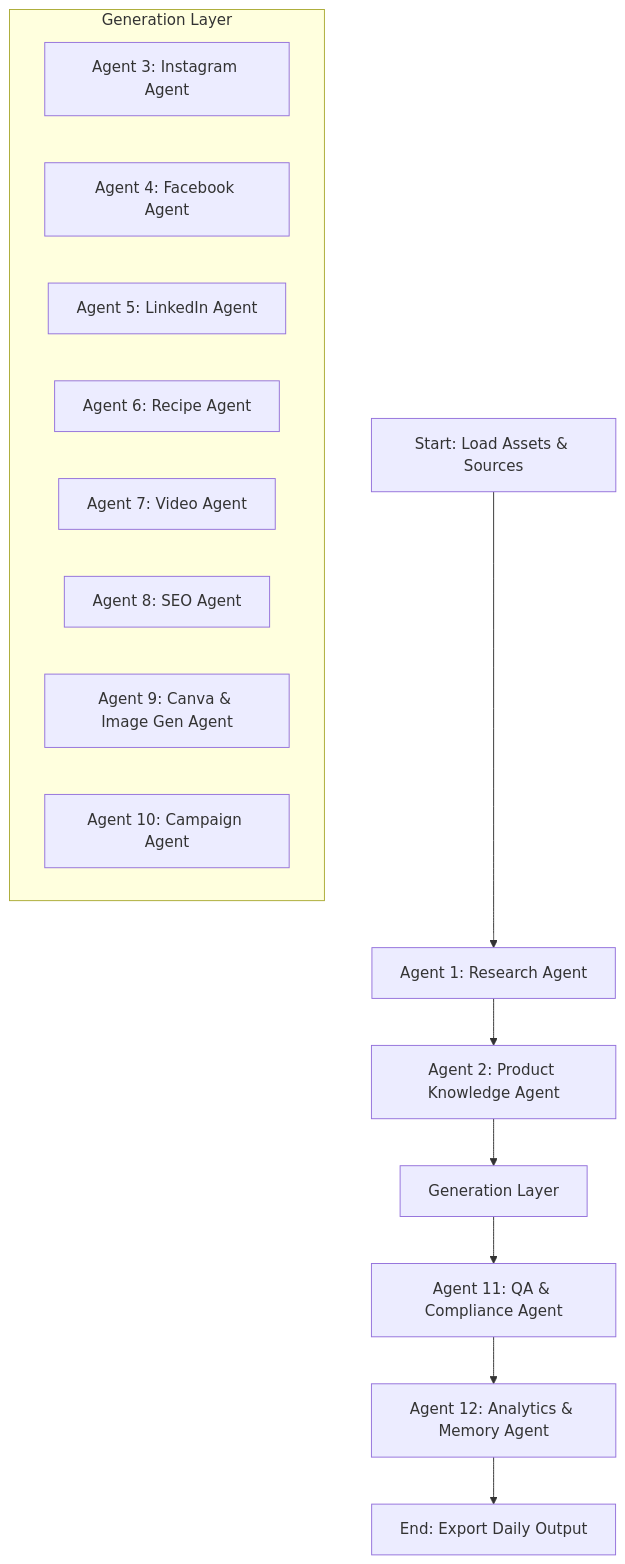
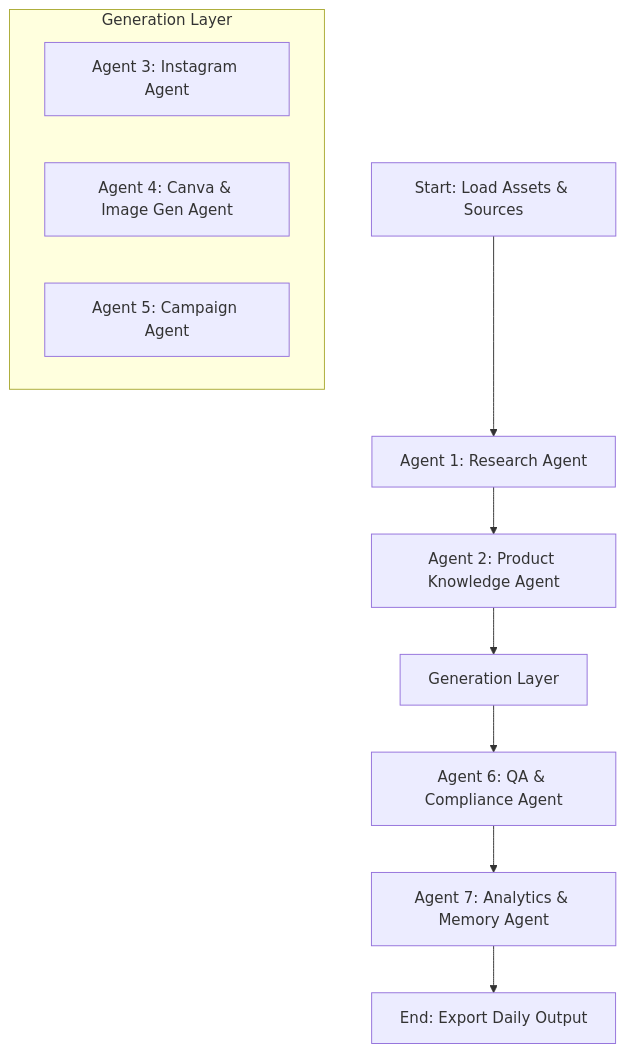
The diagram in .antigravity/daily-content-engine.md (ritheshrao197/Roshini-Marketing-Engine), drawn with Mermaid before and after one commit. The commit also changed other lines of this file and 120 other files, not shown here.

````diff
--- a/.antigravity/daily-content-engine.md
+++ b/.antigravity/daily-content-engine.md
@@ -40,19 +40,14 @@
 ```mermaid
 graph TD
     A[Start: Load Assets & Sources] --> B[Agent 1: Research Agent]
     B --> C[Agent 2: Product Knowledge Agent]
     C --> D[Generation Layer]
     subgraph Generation Layer
         E[Agent 3: Instagram Agent]
-        F[Agent 4: Facebook Agent]
-        G[Agent 5: LinkedIn Agent]
-        H[Agent 6: Recipe Agent]
-        I[Agent 7: Video Agent]
-        J[Agent 8: SEO Agent]
-        K[Agent 9: Canva & Image Gen Agent]
-        L[Agent 10: Campaign Agent]
+        F[Agent 4: Canva & Image Gen Agent]
+        G[Agent 5: Campaign Agent]
     end
-    D --> M[Agent 11: QA & Compliance Agent]
-    M --> N[Agent 12: Analytics & Memory Agent]
-    N --> O[End: Export Daily Output]
+    D --> H[Agent 6: QA & Compliance Agent]
+    H --> I[Agent 7: Analytics & Memory Agent]
+    I --> J[End: Export Daily Output]
 ```
````
